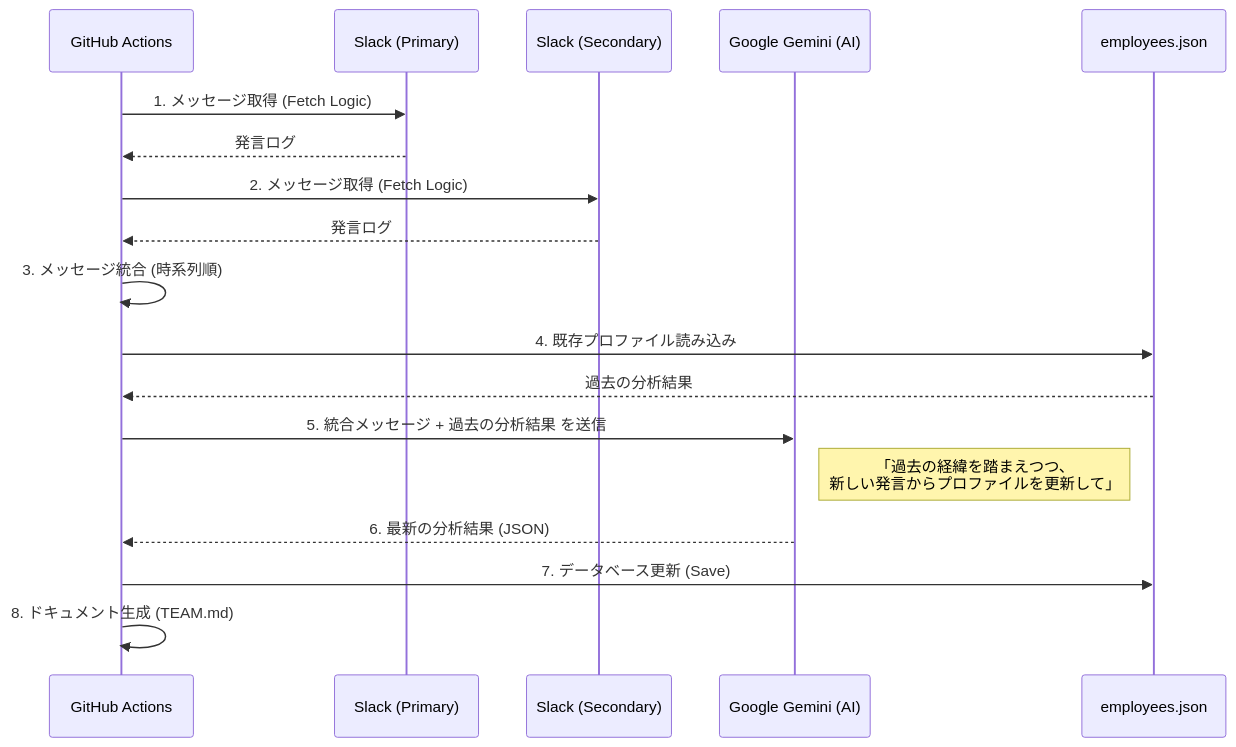
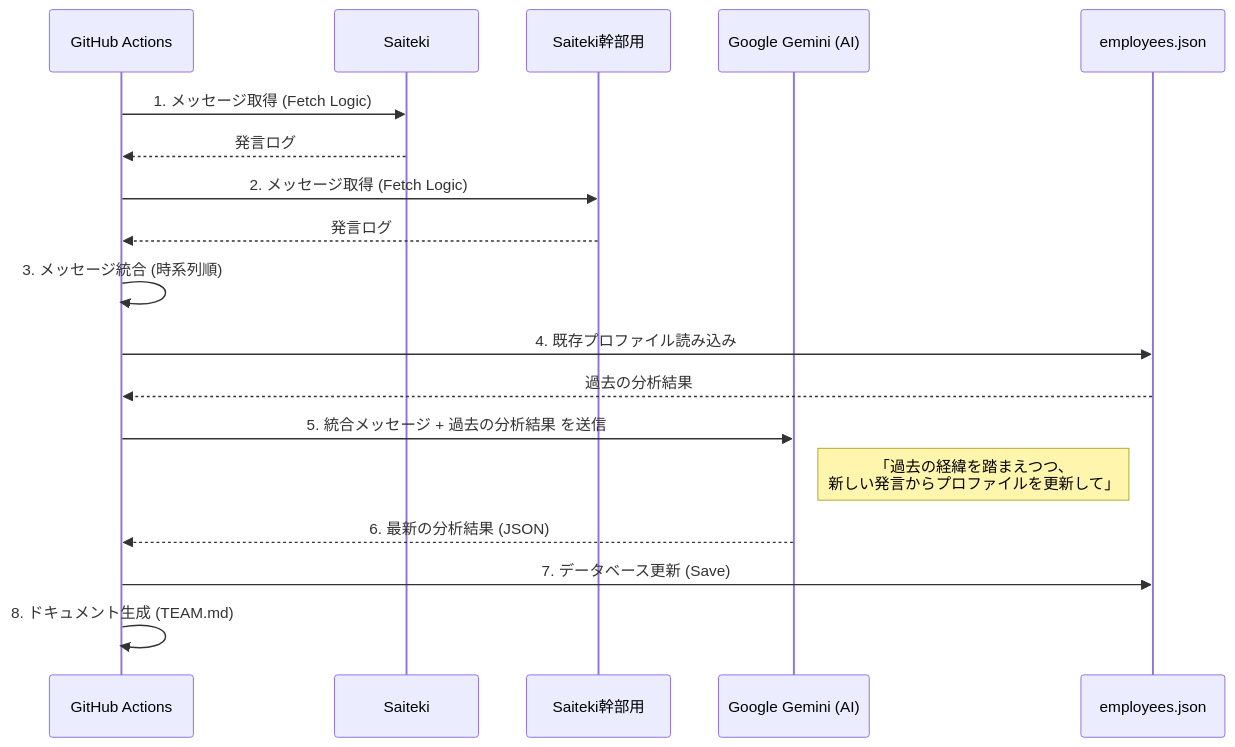
One commit to Saitekiinc-com/saiteki-employee-management changed the diagram in README.md. Above: the diagram before and after it, drawn with Mermaid.

Commit message:
docs: Update Data Flow diagram with specific workspace names

````diff
--- a/README.md
+++ b/README.md
@@ -49,26 +49,26 @@
 ```mermaid
 sequenceDiagram
     participant GitHub as GitHub Actions
-    participant Slack1 as Slack (Primary)
-    participant Slack2 as Slack (Secondary)
+    participant Slack1 as Saiteki
+    participant Slack2 as Saiteki幹部用
     participant AI as Google Gemini (AI)
     participant DB as employees.json
 
     GitHub->>Slack1: 1. メッセージ取得 (Fetch Logic)
     Slack1-->>GitHub: 発言ログ
     GitHub->>Slack2: 2. メッセージ取得 (Fetch Logic)
     Slack2-->>GitHub: 発言ログ
 
     GitHub->>GitHub: 3. メッセージ統合 (時系列順)
     
     GitHub->>DB: 4. 既存プロファイル読み込み
     DB-->>GitHub: 過去の分析結果
 
     GitHub->>AI: 5. 統合メッセージ + 過去の分析結果 を送信
     Note right of AI: 「過去の経緯を踏まえつつ、<br>新しい発言からプロファイルを更新して」
 
     AI-->>GitHub: 6. 最新の分析結果 (JSON)
 
     GitHub->>DB: 7. データベース更新 (Save)
     GitHub->>GitHub: 8. ドキュメント生成 (TEAM.md)
 ```
````
